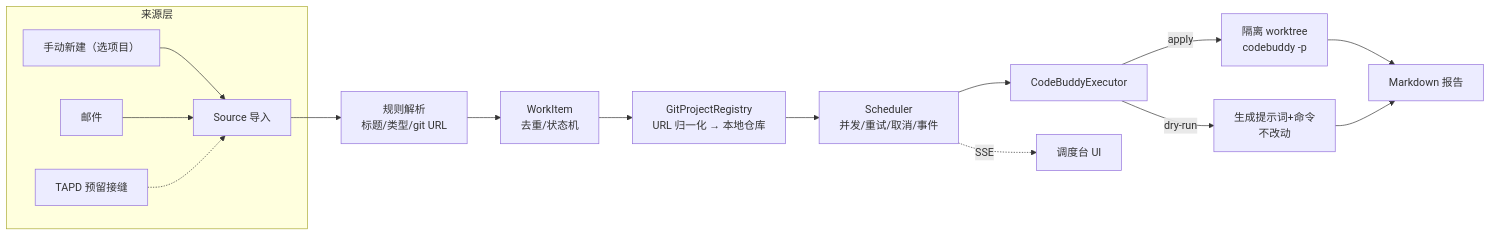
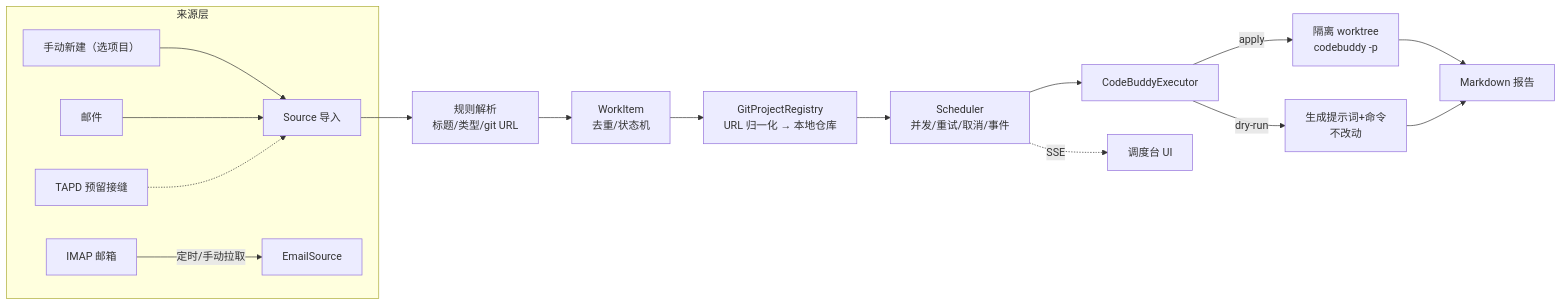
Before and after one commit to cheerly-plan/CheerlyTaskAgent: the diagram in docs/architecture.md, drawn with Mermaid. The commit also changed other lines of this file and 14 other files, not shown here.

````diff
--- a/docs/architecture.md
+++ b/docs/architecture.md
@@ -28,18 +28,19 @@
 ```mermaid
 flowchart LR
     subgraph 来源层
       M[手动新建（选项目）] --> S[Source 导入]
       E[邮件] --> S
       T[TAPD 预留接缝] -.-> S
+      IM[IMAP 邮箱] -->|定时/手动拉取| ES[EmailSource]
     end
     S --> P[规则解析<br/>标题/类型/git URL]
     P --> W[WorkItem<br/>去重/状态机]
     W --> G[GitProjectRegistry<br/>URL 归一化 → 本地仓库]
     G --> SCH[Scheduler<br/>并发/重试/取消/事件]
     SCH --> EX[CodeBuddyExecutor]
     EX -->|dry-run| CMD[生成提示词+命令<br/>不改动]
     EX -->|apply| WT[隔离 worktree<br/>codebuddy -p]
     WT --> R[Markdown 报告]
     CMD --> R
     SCH -. SSE .-> UI[调度台 UI]
 ```
````
